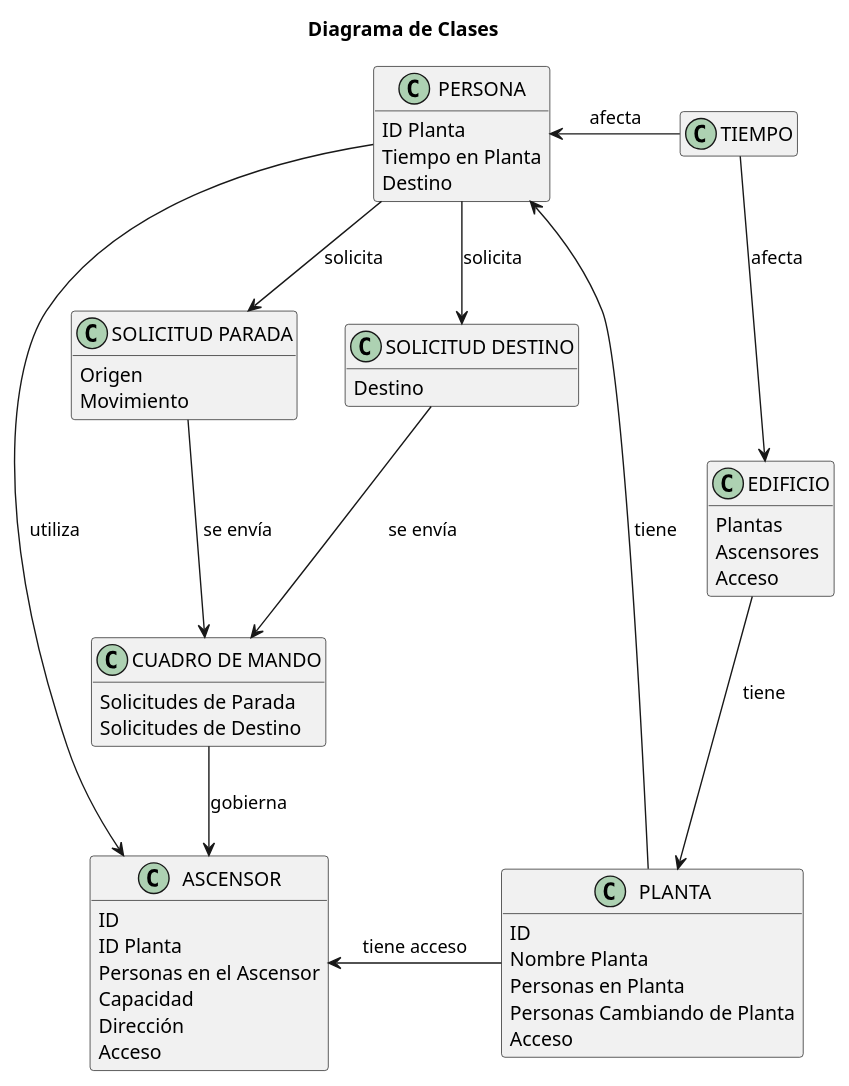
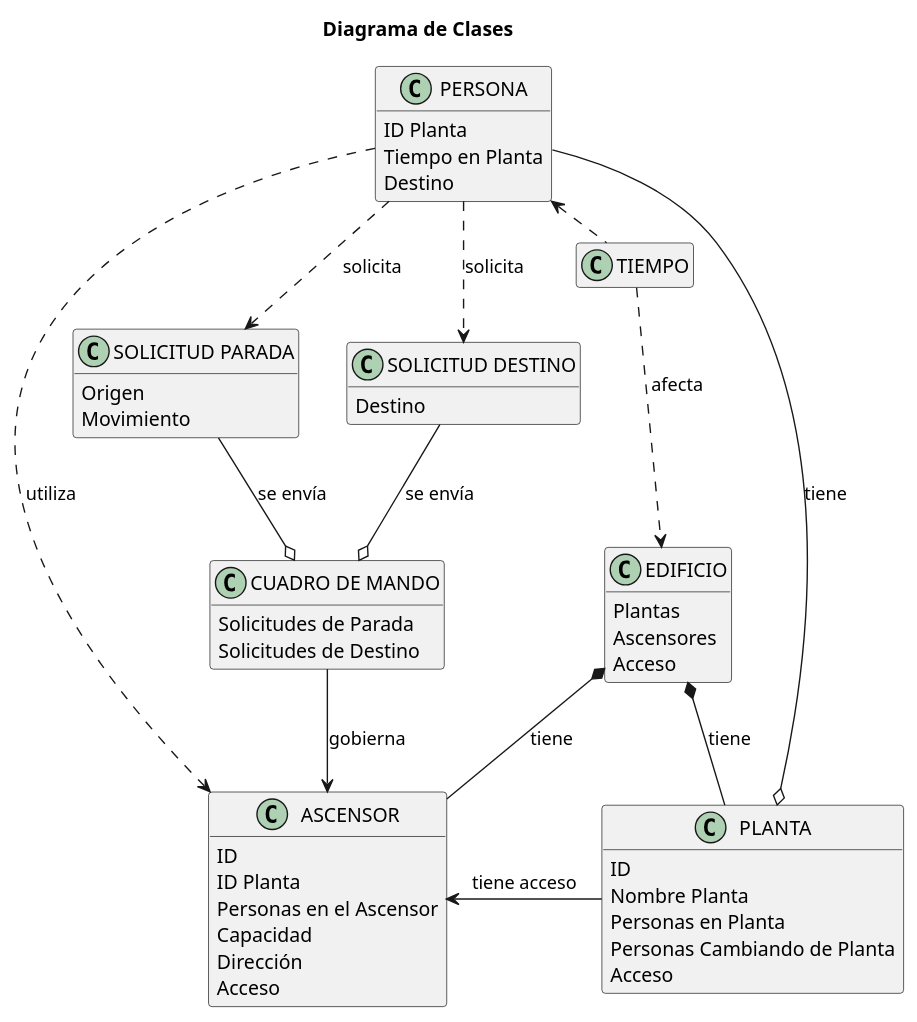
The diagram in docs/Modelo_de_Dominio/Diagramas_de_Clases/Diagrama_de_Clases.puml (mmasias/23-24-IdSw2-SDD), drawn with PlantUML before and after one commit.

Commit message:
Update class relationships in Diagrama_de_Clases.puml

```diff
--- a/docs/Modelo_de_Dominio/Diagramas_de_Clases/Diagrama_de_Clases.puml
+++ b/docs/Modelo_de_Dominio/Diagramas_de_Clases/Diagrama_de_Clases.puml
@@ -1,81 +1,87 @@
 @startuml Diagrama_de_Clases
 
 title Diagrama de Clases
 
 skinparam {
     NoteBackgroundColor #whiteSmoke
 }
 
 hide empty members
 
 class ASCENSOR 
 {
     ID
     ID Planta
     Personas en el Ascensor
     Capacidad
     Dirección
     Acceso
 }
 
 class PERSONA 
 {
     ID Planta
     Tiempo en Planta
     Destino
 }
 
 class "CUADRO DE MANDO"
 {
     Solicitudes de Parada
     Solicitudes de Destino
 }
+
+' Type	Symbol	Drawing
+' Extension	<|--	
+' Composition	*--	
+' Aggregation	o--	
 
 class PLANTA 
 {
     ID
     Nombre Planta
     Personas en Planta
     Personas Cambiando de Planta
     Acceso
 }
 
 class EDIFICIO 
 {
     Plantas
     Ascensores
     Acceso
 }
 
 class TIEMPO 
 {
 
 }
 
 class "SOLICITUD PARADA"
 {
     Origen
     Movimiento
 }
 
 class "SOLICITUD DESTINO"
 {
     Destino
 }
 
 
-EDIFICIO --> PLANTA : tiene
-PLANTA --> PERSONA : tiene
+EDIFICIO *-- PLANTA : tiene
+EDIFICIO *-- ASCENSOR : tiene
+PLANTA o-- PERSONA : tiene
 PLANTA -left-> ASCENSOR : tiene acceso
-PERSONA --> ASCENSOR : utiliza
+PERSONA ..> ASCENSOR : utiliza
 
-PERSONA --> "SOLICITUD PARADA" : solicita
-PERSONA --> "SOLICITUD DESTINO" : solicita
+PERSONA ..> "SOLICITUD PARADA" : solicita
+PERSONA ..> "SOLICITUD DESTINO" : solicita
 "CUADRO DE MANDO" --> ASCENSOR : gobierna
-"SOLICITUD PARADA" --> "CUADRO DE MANDO" : se envía
-"SOLICITUD DESTINO" --> "CUADRO DE MANDO" : se envía
+"SOLICITUD PARADA" --o "CUADRO DE MANDO" : se envía
+"SOLICITUD DESTINO" --o "CUADRO DE MANDO" : se envía
 
-TIEMPO -left-> PERSONA : afecta
-TIEMPO --> EDIFICIO : afecta
+TIEMPO .left.> PERSONA : afecta
+TIEMPO ..> EDIFICIO : afecta
 
 @enduml
```
